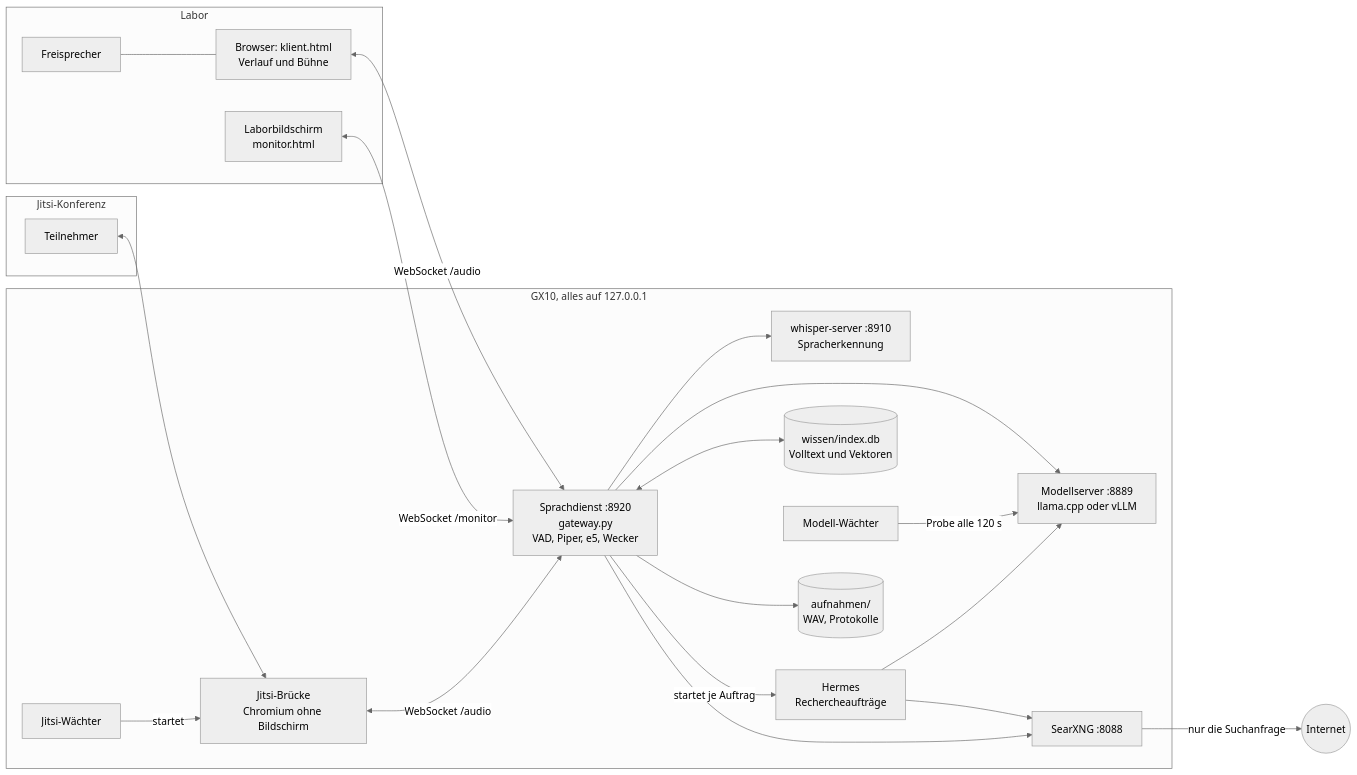
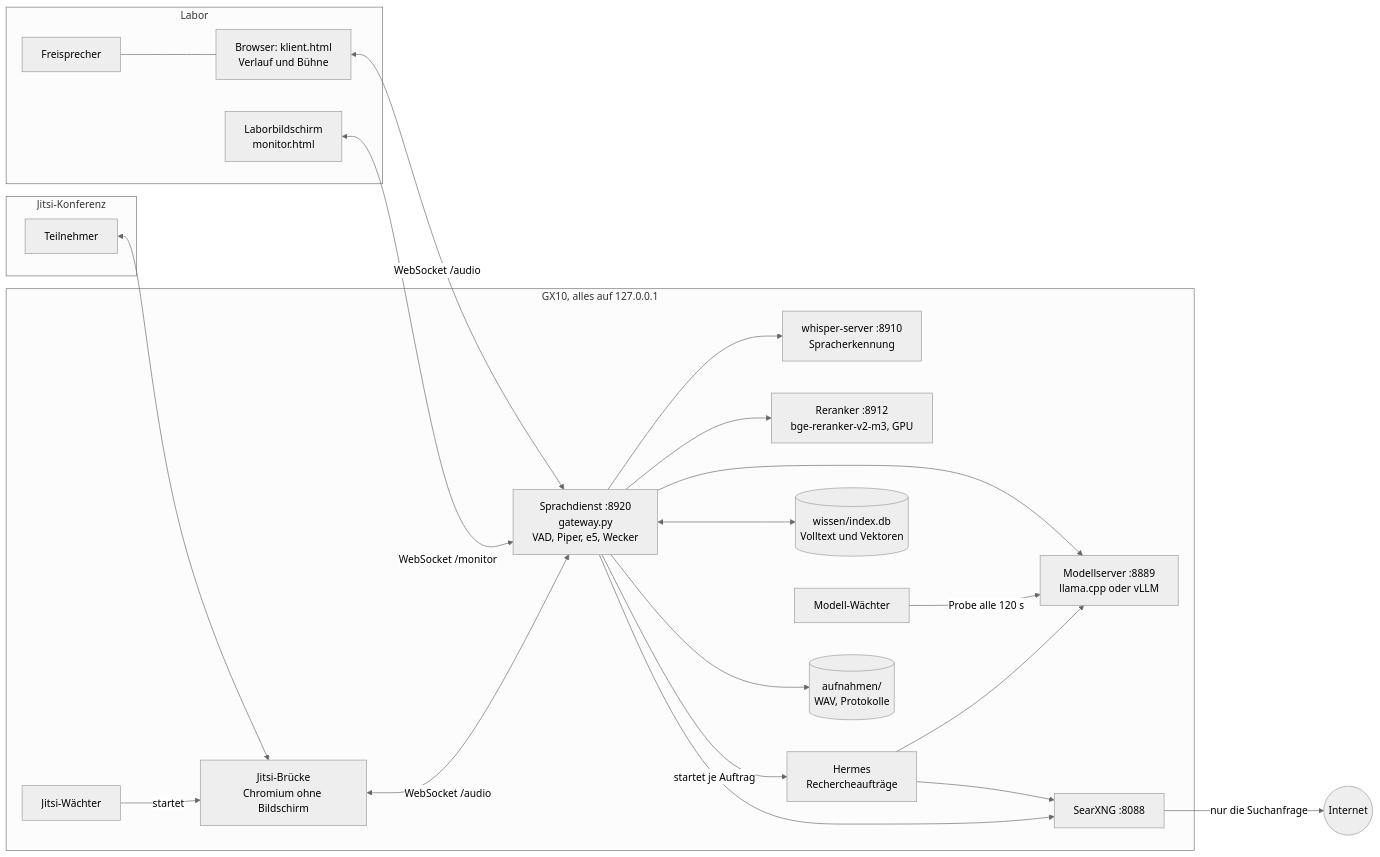
One commit to DG1001/kihiwi changed the first of 7 diagrams in ARCHITEKTUR.md. Above: the diagram before and after it, drawn with Mermaid (neutral theme). The commit also changed other lines of this file and 6 other files, not shown here.

First line of the commit message:
Reranker in der Wissenssuche: bge-reranker-v2-m3 auf der GPU

````diff
--- a/ARCHITEKTUR.md
+++ b/ARCHITEKTUR.md
@@ -20,43 +20,45 @@
 ```mermaid
 flowchart LR
   subgraph Labor
     K["Browser: klient.html<br>Verlauf und Bühne"]
     M["Laborbildschirm<br>monitor.html"]
     F["Freisprecher"]
   end
   subgraph Konferenz["Jitsi-Konferenz"]
     J["Teilnehmer"]
   end
 
   subgraph GX10["GX10, alles auf 127.0.0.1"]
     S["Sprachdienst :8920<br>gateway.py<br>VAD, Piper, e5, Wecker"]
     W["whisper-server :8910<br>Spracherkennung"]
+    R["Reranker :8912<br>bge-reranker-v2-m3, GPU"]
     L["Modellserver :8889<br>llama.cpp oder vLLM"]
     I[("wissen/index.db<br>Volltext und Vektoren")]
     A[("aufnahmen/<br>WAV, Protokolle")]
     B["Jitsi-Brücke<br>Chromium ohne Bildschirm"]
     JW["Jitsi-Wächter"]
     MW["Modell-Wächter"]
     H["Hermes<br>Rechercheaufträge"]
     X["SearXNG :8088"]
   end
 
   NET(("Internet"))
 
   F --- K
   K <-->|"WebSocket /audio"| S
   M <-->|"WebSocket /monitor"| S
   J <--> B
   B <-->|"WebSocket /audio"| S
   JW -->|"startet"| B
   S --> W
+  S --> R
   S --> L
   S <--> I
   S --> A
   S -->|"startet je Auftrag"| H
   H --> L
   H --> X
   S --> X
   X -->|"nur die Suchanfrage"| NET
   MW -->|"Probe alle 120 s"| L
 ```
````
